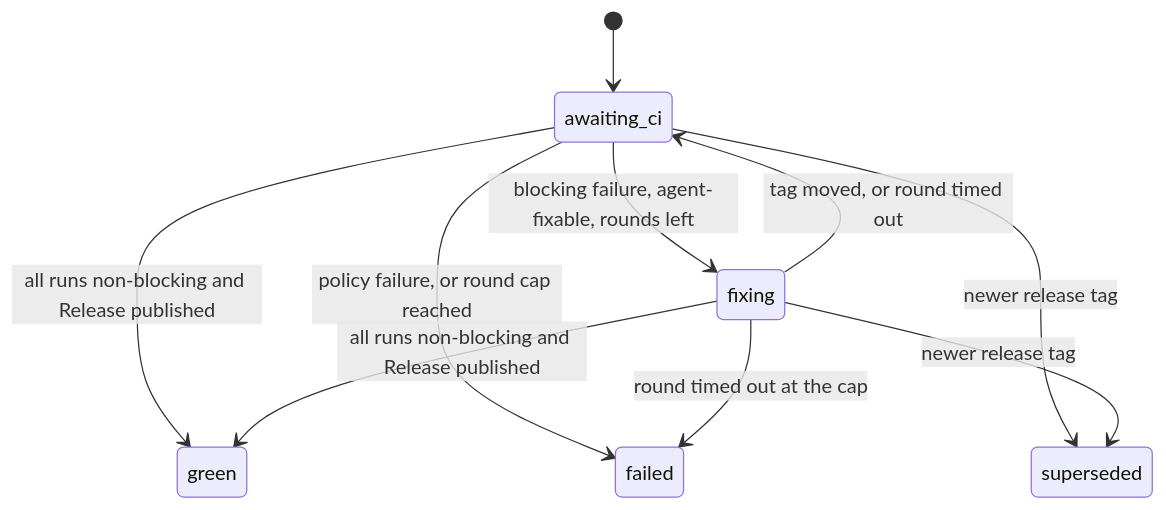
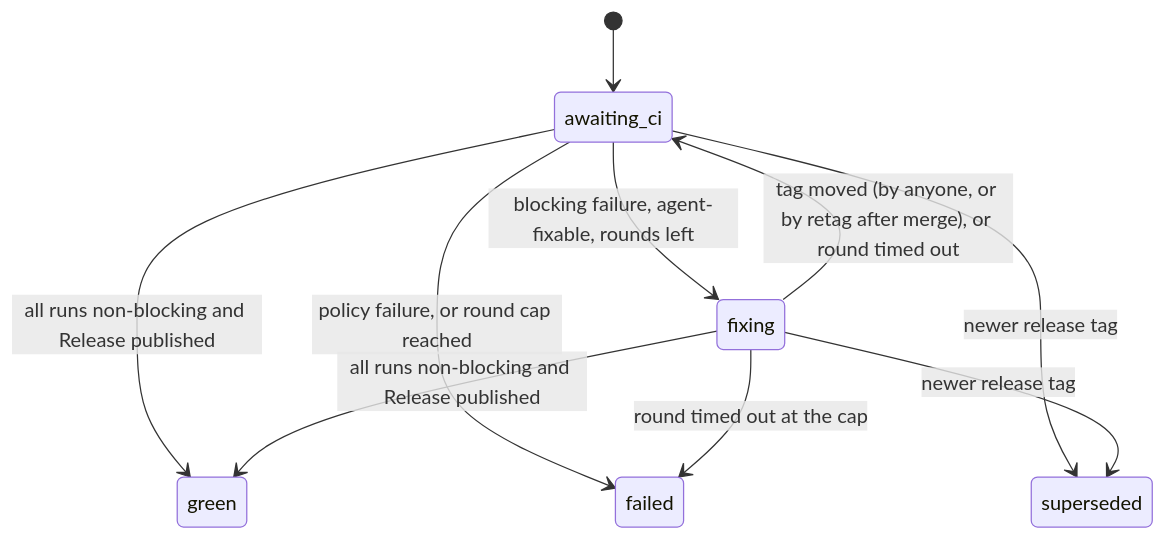
Before and after one commit to Danathar/hive: the diagram in src/docs/release-sentinel.md, drawn with Mermaid. The commit also changed other lines of this file and 19 other files, not shown here.

First line of the commit message:
✨ release sentinel: retag after merge (own toggle) and pre-tag failure escalation (#9627)

````diff
--- a/src/docs/release-sentinel.md
+++ b/src/docs/release-sentinel.md
@@ -61,12 +69,12 @@
 ```mermaid
 stateDiagram-v2
     [*] --> awaiting_ci
     awaiting_ci --> fixing: blocking failure, agent-fixable, rounds left
     awaiting_ci --> failed: policy failure, or round cap reached
     awaiting_ci --> green: all runs non-blocking and Release published
-    fixing --> awaiting_ci: tag moved, or round timed out
+    fixing --> awaiting_ci: tag moved (by anyone, or by retag after merge), or round timed out
     fixing --> green: all runs non-blocking and Release published
     fixing --> failed: round timed out at the cap
     awaiting_ci --> superseded: newer release tag
     fixing --> superseded: newer release tag
 ```
````
